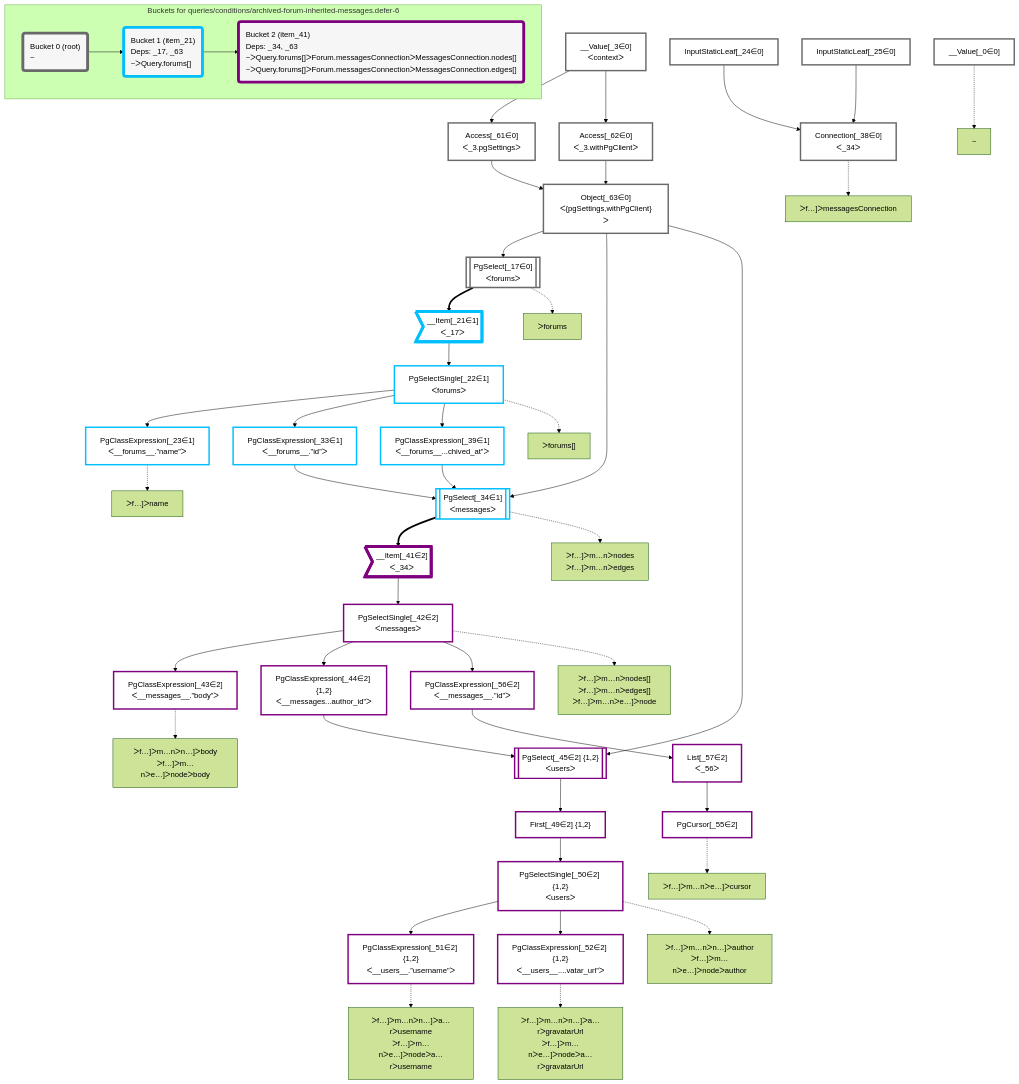
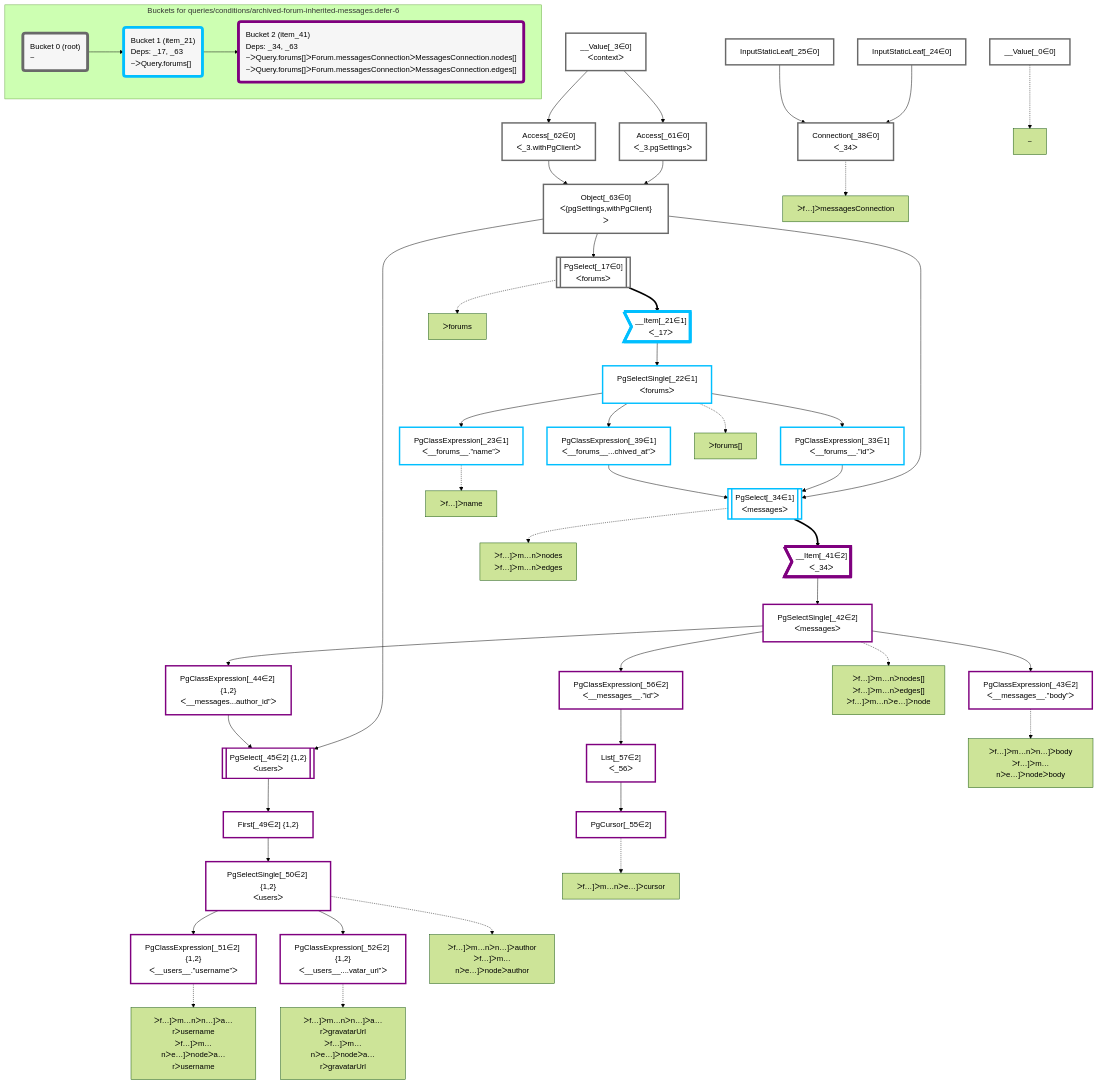
Before and after one commit to graphile/crystal: the diagram in packages/dataplan-pg/__tests__/queries/conditions/archived-forum-inherited-messages.defer-6.deopt.mermaid.md, drawn with Mermaid (forest theme). The commit also changed other lines of this file and 195 other files, not shown here.

```diff
--- a/packages/dataplan-pg/__tests__/queries/conditions/archived-forum-inherited-messages.defer-6.deopt.mermaid.md
+++ b/packages/dataplan-pg/__tests__/queries/conditions/archived-forum-inherited-messages.defer-6.deopt.mermaid.md
@@ -9,57 +9,57 @@
 
     %% define plans
     __Value_0["__Value[_0∈0]"]:::plan
+    PgClassExpression_23["PgClassExpression[_23∈1]<br />ᐸ__forums__.”name”ᐳ"]:::plan
+    PgClassExpression_43["PgClassExpression[_43∈2]<br />ᐸ__messages__.”body”ᐳ"]:::plan
+    PgClassExpression_51["PgClassExpression[_51∈2] {1,2}<br />ᐸ__users__.”username”ᐳ"]:::plan
+    PgClassExpression_52["PgClassExpression[_52∈2] {1,2}<br />ᐸ__users__....vatar_url”ᐳ"]:::plan
+    PgSelectSingle_50["PgSelectSingle[_50∈2] {1,2}<br />ᐸusersᐳ"]:::plan
+    First_49["First[_49∈2] {1,2}"]:::plan
+    PgSelect_45[["PgSelect[_45∈2] {1,2}<br />ᐸusersᐳ"]]:::plan
+    PgClassExpression_44["PgClassExpression[_44∈2] {1,2}<br />ᐸ__messages...author_id”ᐳ"]:::plan
+    PgCursor_55["PgCursor[_55∈2]"]:::plan
+    List_57["List[_57∈2]<br />ᐸ_56ᐳ"]:::plan
+    PgClassExpression_56["PgClassExpression[_56∈2]<br />ᐸ__messages__.”id”ᐳ"]:::plan
+    PgSelectSingle_42["PgSelectSingle[_42∈2]<br />ᐸmessagesᐳ"]:::plan
+    __Item_41>"__Item[_41∈2]<br />ᐸ_34ᐳ"]:::itemplan
+    PgSelect_34[["PgSelect[_34∈1]<br />ᐸmessagesᐳ"]]:::plan
+    PgClassExpression_33["PgClassExpression[_33∈1]<br />ᐸ__forums__.”id”ᐳ"]:::plan
+    PgClassExpression_39["PgClassExpression[_39∈1]<br />ᐸ__forums__...chived_at”ᐳ"]:::plan
+    PgSelectSingle_22["PgSelectSingle[_22∈1]<br />ᐸforumsᐳ"]:::plan
+    __Item_21>"__Item[_21∈1]<br />ᐸ_17ᐳ"]:::itemplan
+    PgSelect_17[["PgSelect[_17∈0]<br />ᐸforumsᐳ"]]:::plan
+    Object_63["Object[_63∈0]<br />ᐸ{pgSettings,withPgClient}ᐳ"]:::plan
+    Access_61["Access[_61∈0]<br />ᐸ_3.pgSettingsᐳ"]:::plan
+    Access_62["Access[_62∈0]<br />ᐸ_3.withPgClientᐳ"]:::plan
     __Value_3["__Value[_3∈0]<br />ᐸcontextᐳ"]:::plan
-    PgSelect_17[["PgSelect[_17∈0]<br />ᐸforumsᐳ"]]:::plan
-    __Item_21>"__Item[_21∈1]<br />ᐸ_17ᐳ"]:::itemplan
-    PgSelectSingle_22["PgSelectSingle[_22∈1]<br />ᐸforumsᐳ"]:::plan
-    PgClassExpression_23["PgClassExpression[_23∈1]<br />ᐸ__forums__.”name”ᐳ"]:::plan
+    Connection_38["Connection[_38∈0]<br />ᐸ_34ᐳ"]:::plan
     InputStaticLeaf_24["InputStaticLeaf[_24∈0]"]:::plan
     InputStaticLeaf_25["InputStaticLeaf[_25∈0]"]:::plan
-    PgClassExpression_33["PgClassExpression[_33∈1]<br />ᐸ__forums__.”id”ᐳ"]:::plan
-    PgSelect_34[["PgSelect[_34∈1]<br />ᐸmessagesᐳ"]]:::plan
-    Connection_38["Connection[_38∈0]<br />ᐸ_34ᐳ"]:::plan
-    PgClassExpression_39["PgClassExpression[_39∈1]<br />ᐸ__forums__...chived_at”ᐳ"]:::plan
-    __Item_41>"__Item[_41∈2]<br />ᐸ_34ᐳ"]:::itemplan
-    PgSelectSingle_42["PgSelectSingle[_42∈2]<br />ᐸmessagesᐳ"]:::plan
-    PgClassExpression_43["PgClassExpression[_43∈2]<br />ᐸ__messages__.”body”ᐳ"]:::plan
-    PgClassExpression_44["PgClassExpression[_44∈2] {1,2}<br />ᐸ__messages...author_id”ᐳ"]:::plan
-    PgSelect_45[["PgSelect[_45∈2] {1,2}<br />ᐸusersᐳ"]]:::plan
-    First_49["First[_49∈2] {1,2}"]:::plan
-    PgSelectSingle_50["PgSelectSingle[_50∈2] {1,2}<br />ᐸusersᐳ"]:::plan
-    PgClassExpression_51["PgClassExpression[_51∈2] {1,2}<br />ᐸ__users__.”username”ᐳ"]:::plan
-    PgClassExpression_52["PgClassExpression[_52∈2] {1,2}<br />ᐸ__users__....vatar_url”ᐳ"]:::plan
-    PgCursor_55["PgCursor[_55∈2]"]:::plan
-    PgClassExpression_56["PgClassExpression[_56∈2]<br />ᐸ__messages__.”id”ᐳ"]:::plan
-    List_57["List[_57∈2]<br />ᐸ_56ᐳ"]:::plan
-    Access_61["Access[_61∈0]<br />ᐸ_3.pgSettingsᐳ"]:::plan
-    Access_62["Access[_62∈0]<br />ᐸ_3.withPgClientᐳ"]:::plan
-    Object_63["Object[_63∈0]<br />ᐸ{pgSettings,withPgClient}ᐳ"]:::plan
 
     %% plan dependencies
-    Object_63 --> PgSelect_17
-    PgSelect_17 ==> __Item_21
-    __Item_21 --> PgSelectSingle_22
     PgSelectSingle_22 --> PgClassExpression_23
-    PgSelectSingle_22 --> PgClassExpression_33
-    Object_63 & PgClassExpression_33 & PgClassExpression_39 --> PgSelect_34
-    InputStaticLeaf_24 & InputStaticLeaf_25 --> Connection_38
-    PgSelectSingle_22 --> PgClassExpression_39
-    PgSelect_34 ==> __Item_41
-    __Item_41 --> PgSelectSingle_42
     PgSelectSingle_42 --> PgClassExpression_43
-    PgSelectSingle_42 --> PgClassExpression_44
-    Object_63 & PgClassExpression_44 --> PgSelect_45
-    PgSelect_45 --> First_49
-    First_49 --> PgSelectSingle_50
     PgSelectSingle_50 --> PgClassExpression_51
     PgSelectSingle_50 --> PgClassExpression_52
+    First_49 --> PgSelectSingle_50
+    PgSelect_45 --> First_49
+    Object_63 & PgClassExpression_44 --> PgSelect_45
+    PgSelectSingle_42 --> PgClassExpression_44
     List_57 --> PgCursor_55
+    PgClassExpression_56 --> List_57
     PgSelectSingle_42 --> PgClassExpression_56
-    PgClassExpression_56 --> List_57
+    __Item_41 --> PgSelectSingle_42
+    PgSelect_34 ==> __Item_41
+    Object_63 & PgClassExpression_33 & PgClassExpression_39 --> PgSelect_34
+    PgSelectSingle_22 --> PgClassExpression_33
+    PgSelectSingle_22 --> PgClassExpression_39
+    __Item_21 --> PgSelectSingle_22
+    PgSelect_17 ==> __Item_21
+    Object_63 --> PgSelect_17
+    Access_61 & Access_62 --> Object_63
     __Value_3 --> Access_61
     __Value_3 --> Access_62
-    Access_61 & Access_62 --> Object_63
+    InputStaticLeaf_24 & InputStaticLeaf_25 --> Connection_38
 
     %% plan-to-path relationships
     P_0["~"]
```
